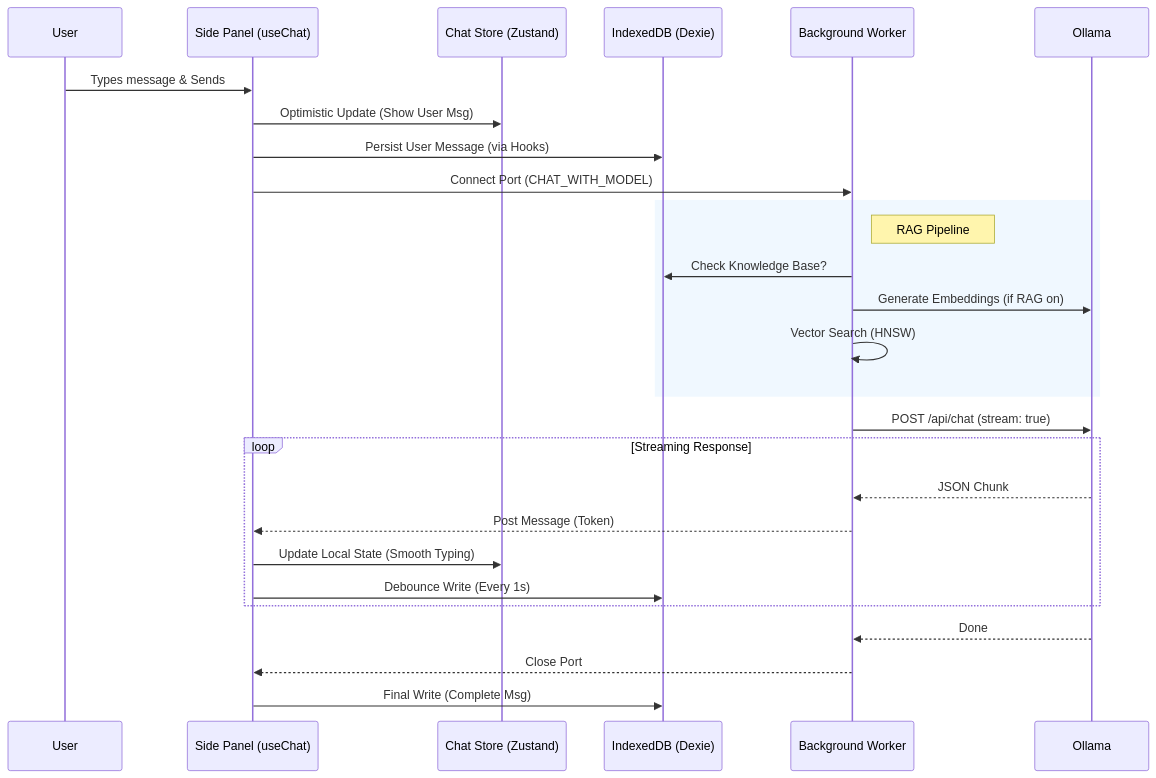
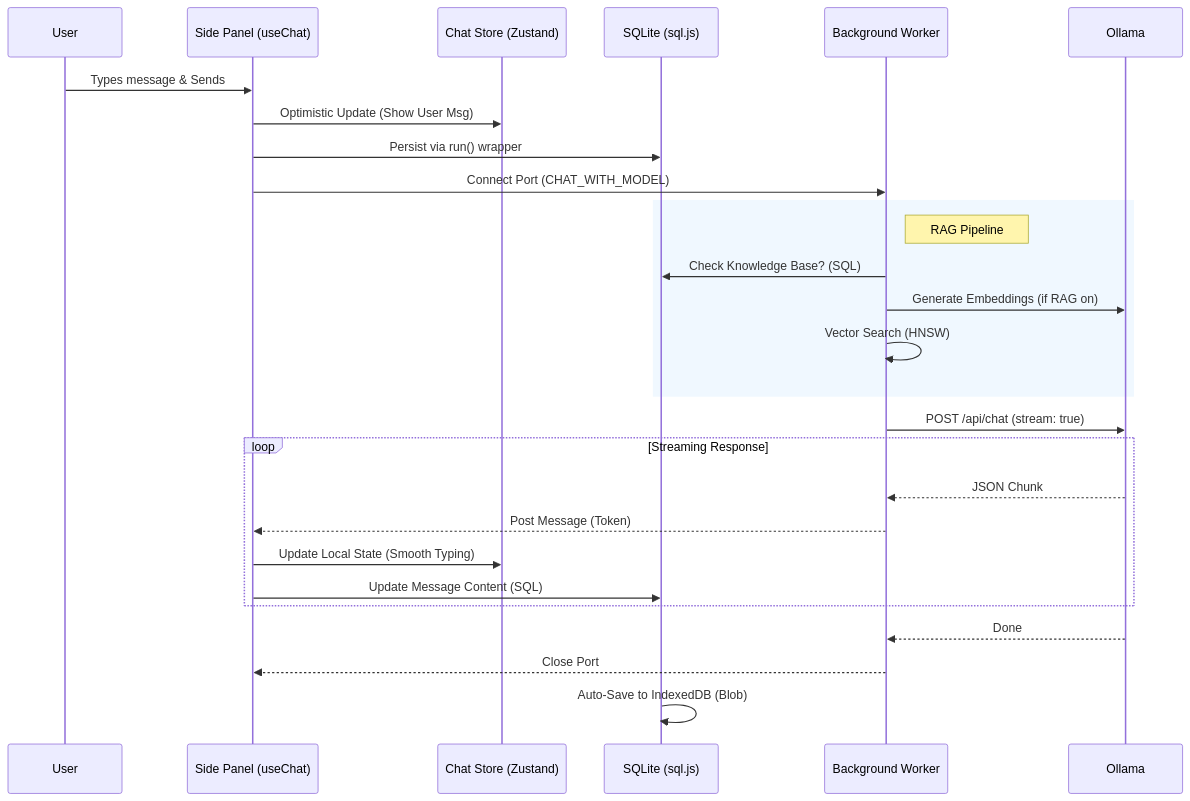
The third of 3 diagrams in ARCHITECTURE.md (Shishir435/ollama-client), drawn with Mermaid before and after one commit. The commit also changed other lines of this file and 2 other files, not shown here.

Commit message:
docs: Migrate persistence from IndexedDB to SQLite (sql.js) for improved data integrity and complex query support.

````diff
--- a/ARCHITECTURE.md
+++ b/ARCHITECTURE.md
@@ -116,34 +119,34 @@
 ```mermaid
 sequenceDiagram
     participant User
     participant UI as Side Panel (useChat)
     participant Store as Chat Store (Zustand)
-    participant DB as IndexedDB (Dexie)
+    participant DB as SQLite (sql.js)
     participant BG as Background Worker
     participant Ollama
 
     User->>UI: Types message & Sends
     UI->>Store: Optimistic Update (Show User Msg)
-    UI->>DB: Persist User Message (via Hooks)
+    UI->>DB: Persist via run() wrapper
     UI->>BG: Connect Port (CHAT_WITH_MODEL)
     
     rect rgb(240, 248, 255)
     note right of BG: RAG Pipeline
-    BG->>DB: Check Knowledge Base?
+    BG->>DB: Check Knowledge Base? (SQL)
     BG->>Ollama: Generate Embeddings (if RAG on)
     BG->>BG: Vector Search (HNSW)
     end
     
     BG->>Ollama: POST /api/chat (stream: true)
     
     loop Streaming Response
         Ollama-->>BG: JSON Chunk
         BG-->>UI: Post Message (Token)
         UI->>Store: Update Local State (Smooth Typing)
-        UI->>DB: Debounce Write (Every 1s)
+        UI->>DB: Update Message Content (SQL)
     end
     
     Ollama-->>BG: Done
     BG-->>UI: Close Port
-    UI->>DB: Final Write (Complete Msg)
+    DB->>DB: Auto-Save to IndexedDB (Blob)
 ```
````
